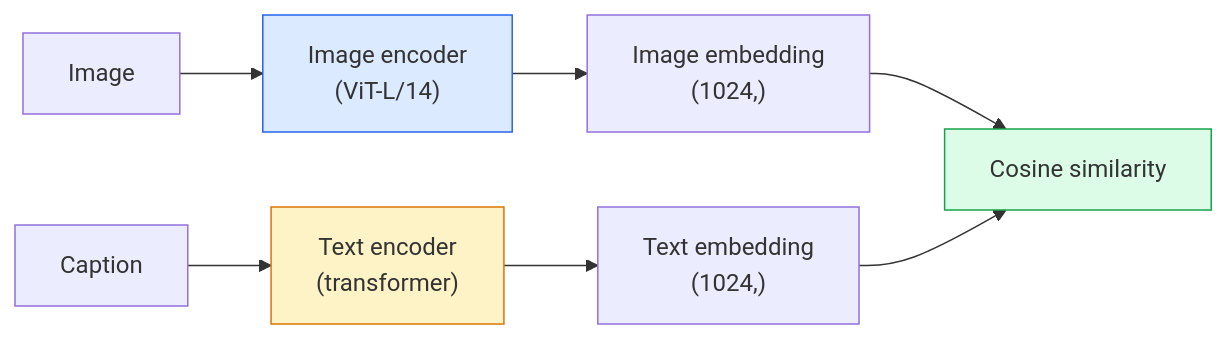
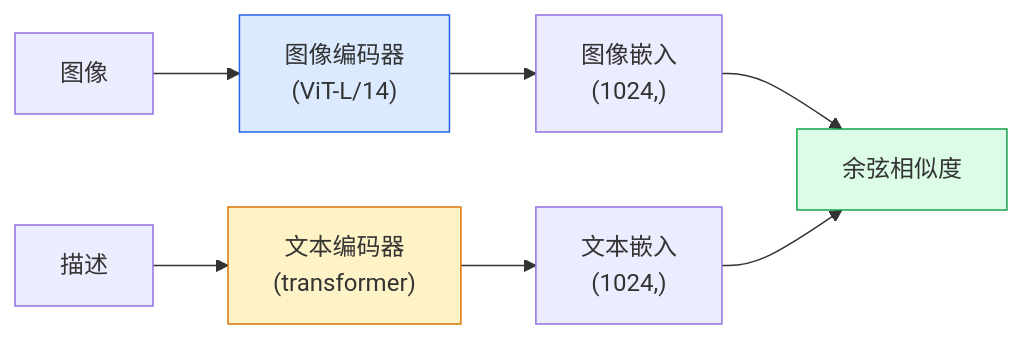
Before and after one commit to guangningsun/ailearning: the diagram in lessons/04-computer-vision/18-open-vocab-clip/docs/zh.md, drawn with Mermaid. The commit also changed other lines of this file and 29 other files, not shown here.

````diff
--- a/lessons/04-computer-vision/18-open-vocab-clip/docs/zh.md
+++ b/lessons/04-computer-vision/18-open-vocab-clip/docs/zh.md
@@ -29,11 +29,11 @@
 ```mermaid
 flowchart LR
-    IMG["Image"] --> IENC["Image encoder<br/>(ViT-L/14)"] --> IEMB["Image embedding<br/>(1024,)"]
-    TXT["Caption"] --> TENC["Text encoder<br/>(transformer)"] --> TEMB["Text embedding<br/>(1024,)"]
-    IEMB --> SIM["Cosine similarity"]
+    IMG["图像"] --> IENC["图像编码器<br/>(ViT-L/14)"] --> IEMB["图像嵌入<br/>(1024,)"]
+    TXT["描述"] --> TENC["文本编码器<br/>(transformer)"] --> TEMB["文本嵌入<br/>(1024,)"]
+    IEMB --> SIM["余弦相似度"]
     TEMB --> SIM
 
     style IENC fill:#dbeafe,stroke:#2563eb
     style TENC fill:#fef3c7,stroke:#d97706
     style SIM fill:#dcfce7,stroke:#16a34a
 ```
````
